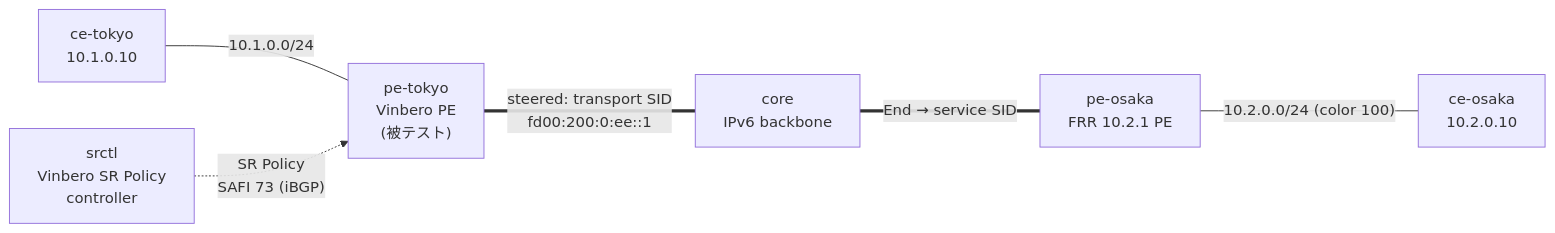
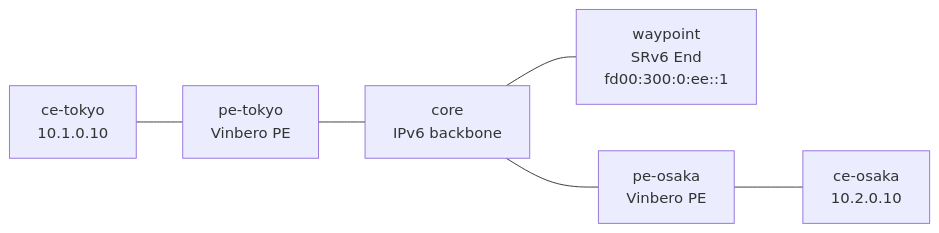
One commit to takehaya/Vinbero changed the diagram in examples/interop-clab/scenarios/sr-policy-bgp-2site/README.ja.md. Above: the diagram before and after it, drawn with Mermaid. The commit also changed other lines of this file and 14 other files, not shown here.

First line of the commit message:
test(interop): rebuild sr-policy-bgp-2site as edge-to-edge SR Policy + TE

````diff
--- a/examples/interop-clab/scenarios/sr-policy-bgp-2site/README.ja.md
+++ b/examples/interop-clab/scenarios/sr-policy-bgp-2site/README.ja.md
@@ -11,15 +11,15 @@
 ```mermaid
 graph LR
-    CE_T["ce-tokyo<br/>10.1.0.10"]
-    PE_T["pe-tokyo<br/>Vinbero PE<br/>(被テスト)"]
+    CET["ce-tokyo<br/>10.1.0.10"]
+    PET["pe-tokyo<br/>Vinbero PE"]
     CORE["core<br/>IPv6 backbone"]
-    PE_O["pe-osaka<br/>FRR 10.2.1 PE"]
-    CE_O["ce-osaka<br/>10.2.0.10"]
-    SRCTL["srctl<br/>Vinbero SR Policy<br/>controller"]
+    WP["waypoint<br/>SRv6 End<br/>fd00:300:0:ee::1"]
+    PEO["pe-osaka<br/>Vinbero PE"]
+    CEO["ce-osaka<br/>10.2.0.10"]
 
-    CE_T ---|"10.1.0.0/24"| PE_T
-    PE_T ===|"steered: transport SID<br/>fd00:200:0:ee::1"| CORE
-    CORE ===|"End → service SID"| PE_O
-    PE_O ---|"10.2.0.0/24 (color 100)"| CE_O
-    SRCTL -.->|"SR Policy<br/>SAFI 73 (iBGP)"| PE_T
+    CET --- PET
+    PET --- CORE
+    CORE --- PEO
+    PEO --- CEO
+    CORE --- WP
 ```
````
